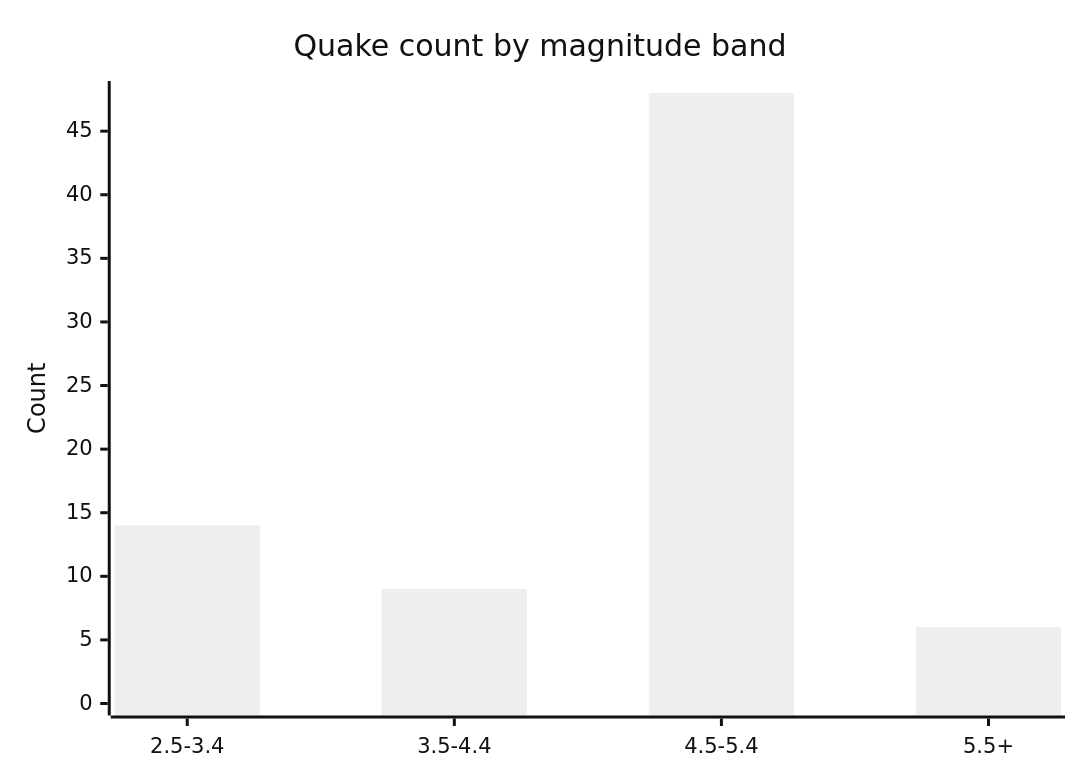
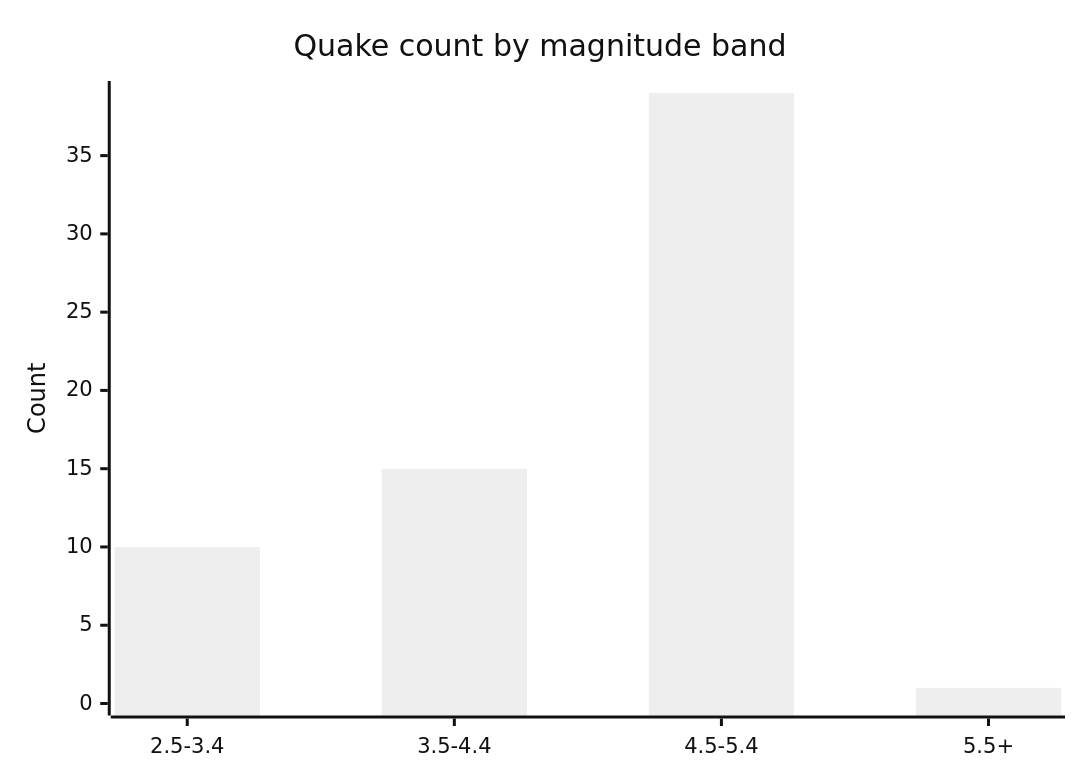
One commit to Midwest-Stratospheric/aerostratospheric-defense-gir changed the fifth of 6 diagrams in docs/GRAPHS.md. Above: the diagram before and after it, drawn with Mermaid (neutral theme). The commit also changed other lines of this file and 23 other files, not shown here.

````diff
--- a/docs/GRAPHS.md
+++ b/docs/GRAPHS.md
@@ -82,7 +82,7 @@
 ```mermaid
 xychart-beta
   title "Quake count by magnitude band"
   x-axis ["2.5-3.4", "3.5-4.4", "4.5-5.4", "5.5+"]
-  y-axis "Count" 0 --> 48
-  bar [14, 9, 48, 6]
+  y-axis "Count" 0 --> 39
+  bar [10, 15, 39, 1]
 ```
````
